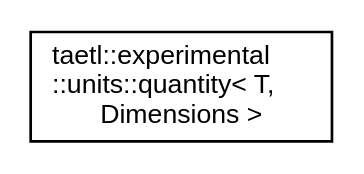
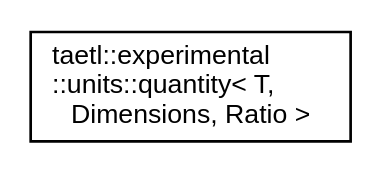
One commit to tobanteAudio/taetl changed the diagram in inherit_graph_16.dot. Above: the diagram before and after it, drawn with Graphviz. The commit also changed 29 other files, not shown here.

```diff
--- a/inherit_graph_16.dot
+++ b/inherit_graph_16.dot
@@ -1,7 +1,7 @@
 digraph "Graphical Class Hierarchy"
 {
   edge [fontname="Helvetica",fontsize="10",labelfontname="Helvetica",labelfontsize="10"];
   node [fontname="Helvetica",fontsize="10",shape=record];
   rankdir="LR";
-  Node0 [label="taetl::experimental\l::units::quantity\< T,\l Dimensions \>",height=0.2,width=0.4,color="black", fillcolor="white", style="filled",URL="$structtaetl_1_1experimental_1_1units_1_1quantity.html"];
+  Node0 [label="taetl::experimental\l::units::quantity\< T,\l Dimensions, Ratio \>",height=0.2,width=0.4,color="black", fillcolor="white", style="filled",URL="$structtaetl_1_1experimental_1_1units_1_1quantity.html"];
 }
```
